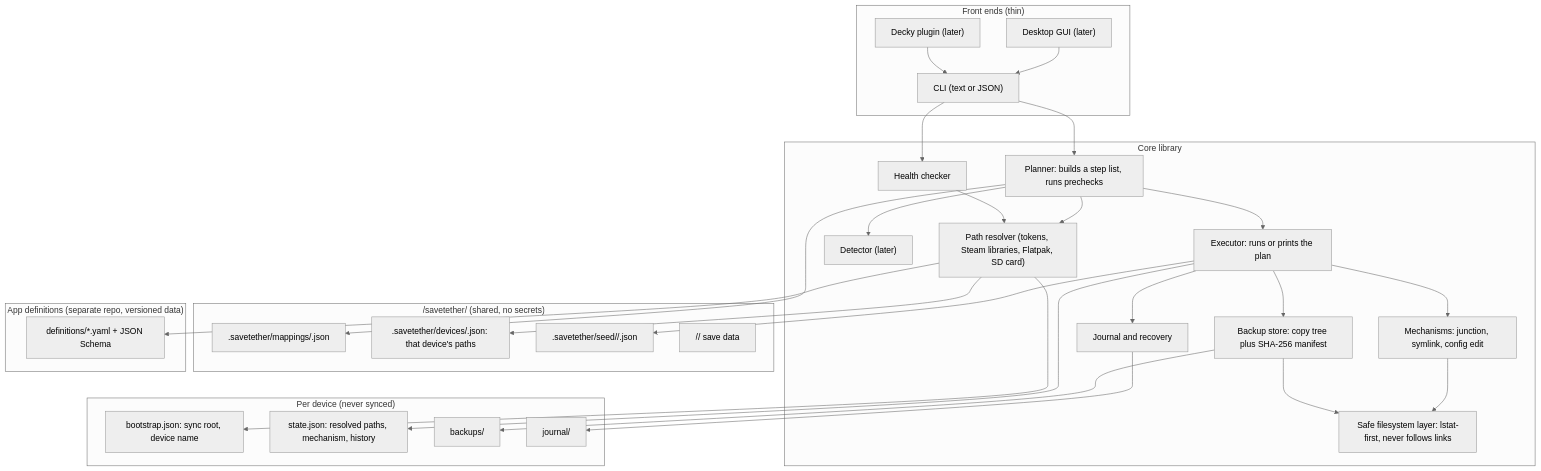
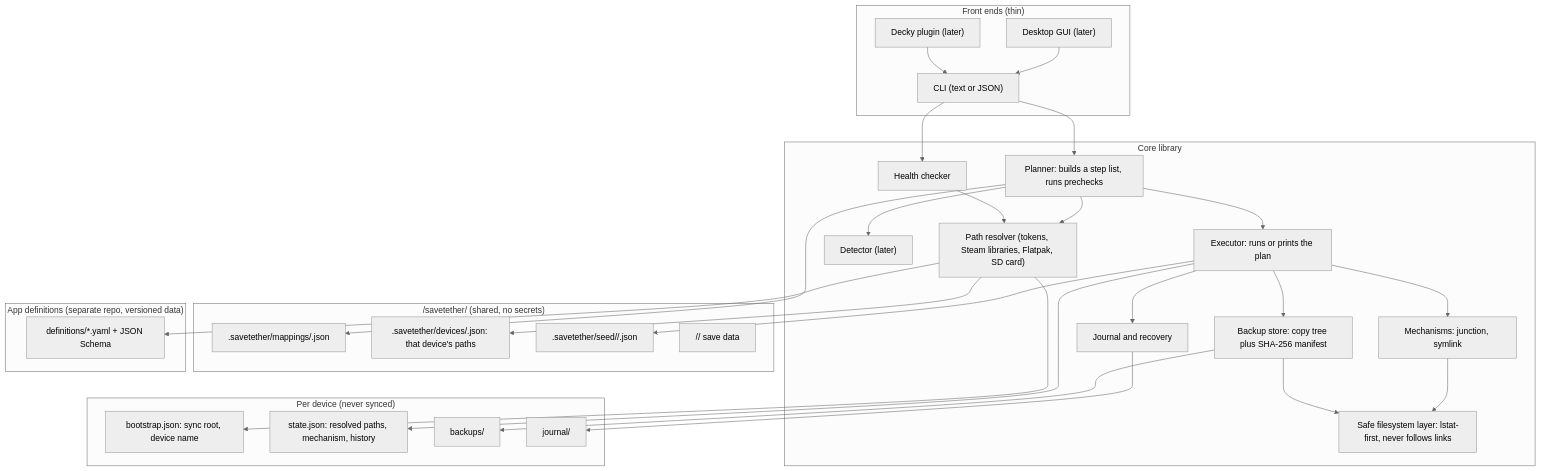
The first of 2 diagrams in docs/design/save-redirection-design.md (carlocgc/SaveTether), drawn with Mermaid (neutral theme) before and after one commit. The commit also changed other lines of this file and 1 other file, not shown here.

First line of the commit message:
Plan phase 2: specify entry depth, defer config redirects

````diff
--- a/docs/design/save-redirection-design.md
+++ b/docs/design/save-redirection-design.md
@@ -218,57 +218,57 @@
 ```mermaid
 flowchart TB
   subgraph UI["Front ends (thin)"]
     CLI["CLI (text or JSON)"]
     GUI["Desktop GUI (later)"]
     DECKY["Decky plugin (later)"]
   end
   GUI --> CLI
   DECKY --> CLI
 
   subgraph CORE["Core library"]
     RES["Path resolver (tokens, Steam libraries, Flatpak, SD card)"]
     DET["Detector (later)"]
     PLAN["Planner: builds a step list, runs prechecks"]
     EXEC["Executor: runs or prints the plan"]
     HEALTH["Health checker"]
     SAFEFS["Safe filesystem layer: lstat-first, never follows links"]
-    MECH["Mechanisms: junction, symlink, config edit"]
+    MECH["Mechanisms: junction, symlink"]
     BK["Backup store: copy tree plus SHA-256 manifest"]
     JR["Journal and recovery"]
   end
   CLI --> PLAN
   CLI --> HEALTH
   PLAN --> RES
   PLAN --> DET
   PLAN --> EXEC
   EXEC --> MECH
   EXEC --> BK
   EXEC --> JR
   MECH --> SAFEFS
   BK --> SAFEFS
   HEALTH --> RES
 
   subgraph SHARED["<sync root>/savetether/ (shared, no secrets)"]
     MAP[".savetether/mappings/<mapping>.json"]
     DEV[".savetether/devices/<device>.json: that device's paths"]
     SEED[".savetether/seed/<mapping>/<device>.json"]
     DATA["<app>/<save folder>/ save data"]
   end
   subgraph LOCAL["Per device (never synced)"]
     BOOT["bootstrap.json: sync root, device name"]
     STATE["state.json: resolved paths, mechanism, history"]
     BACK["backups/"]
     JOUR["journal/"]
   end
   subgraph DEFS["App definitions (separate repo, versioned data)"]
     D1["definitions/*.yaml + JSON Schema"]
   end
   RES --> BOOT
   RES --> DEV
   RES --> D1
   PLAN --> MAP
   EXEC --> STATE
   BK --> BACK
   JR --> JOUR
   EXEC --> SEED
 ```
````
